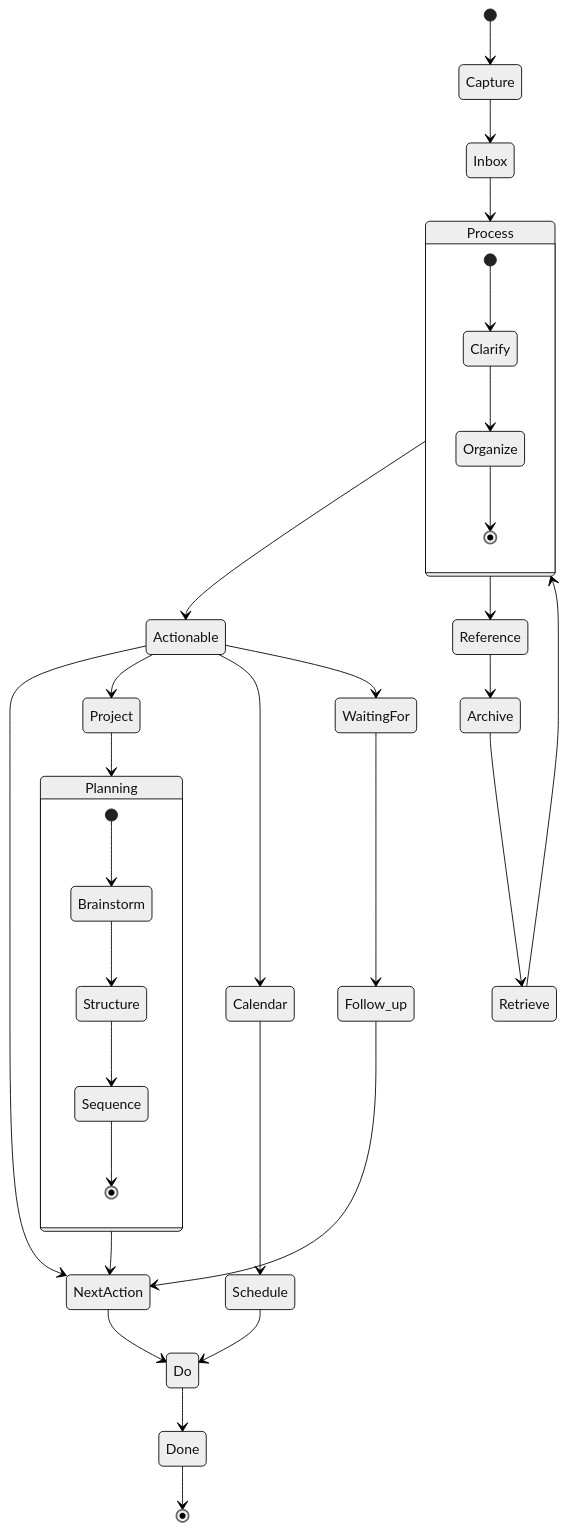
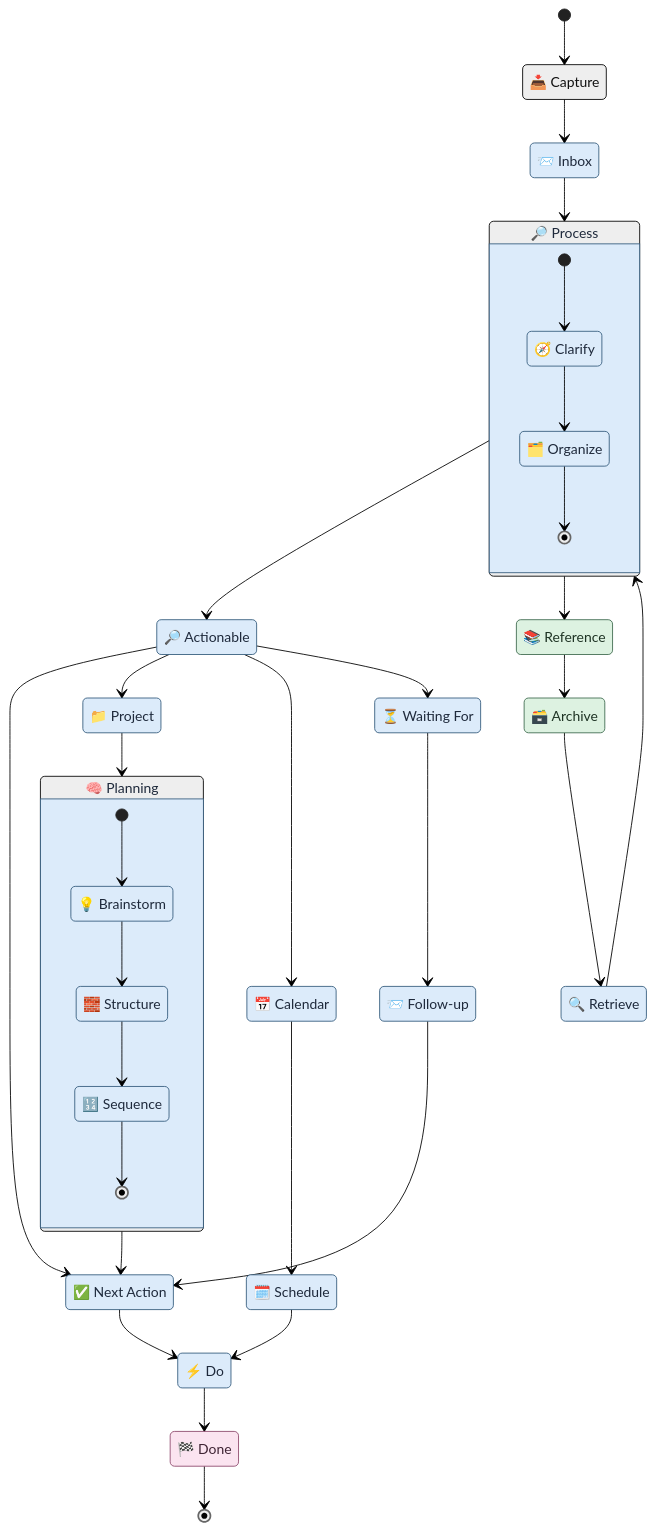
Before and after one commit to enogrob/presentation-organize-and-share-information: the fourth of 7 diagrams in README.md, drawn with Mermaid (neutral theme). The commit also changed other lines of this file and 2 other files, not shown here.

````diff
--- a/README.md
+++ b/README.md
@@ -222,42 +248,69 @@
 ```mermaid
 stateDiagram-v2
-    [*] --> Capture
-    Capture --> Inbox
-    Inbox --> Process
-    Process --> Actionable
-    Process --> Reference
-    
-    Actionable --> NextAction
-    Actionable --> Project
-    Actionable --> Calendar
-    Actionable --> WaitingFor
-    
-    Reference --> Archive
-    Archive --> Retrieve
-    Retrieve --> Process
-    
-    NextAction --> Do
-    Project --> Planning
-    Calendar --> Schedule
-    WaitingFor --> Follow_up
-    
-    Do --> Done
-    Planning --> NextAction
-    Schedule --> Do
-    Follow_up --> NextAction
-    
-    Done --> [*]
-    
-    state Process {
-        [*] --> Clarify
-        Clarify --> Organize
-        Organize --> [*]
-    }
-    
-    state Planning {
-        [*] --> Brainstorm
-        Brainstorm --> Structure
-        Structure --> Sequence
-        Sequence --> [*]
-    }
+  state "📥 Capture" as Capture
+  state "📨 Inbox" as Inbox
+  state "🔎 Actionable" as Actionable
+  state "📚 Reference" as Reference
+  state "✅ Next Action" as NextAction
+  state "📁 Project" as Project
+  state "📅 Calendar" as Calendar
+  state "⏳ Waiting For" as WaitingFor
+  state "🗃️ Archive" as Archive
+  state "🔍 Retrieve" as Retrieve
+  state "⚡ Do" as Do
+  state "🗓️ Schedule" as Schedule
+  state "📨 Follow-up" as FollowUp
+  state "🏁 Done" as Done
+
+  [*] --> Capture
+  Capture --> Inbox
+  Inbox --> Process
+  Process --> Actionable
+  Process --> Reference
+
+  Actionable --> NextAction
+  Actionable --> Project
+  Actionable --> Calendar
+  Actionable --> WaitingFor
+
+  Reference --> Archive
+  Archive --> Retrieve
+  Retrieve --> Process
+
+  NextAction --> Do
+  Project --> Planning
+  Calendar --> Schedule
+  WaitingFor --> FollowUp
+
+  Do --> Done
+  Planning --> NextAction
+  Schedule --> Do
+  FollowUp --> NextAction
+
+  Done --> [*]
+
+  state "🔎 Process" as Process {
+    [*] --> Clarify
+    state "🧭 Clarify" as Clarify
+    state "🗂️ Organize" as Organize
+    Clarify --> Organize
+    Organize --> [*]
+  }
+
+  state "🧠 Planning" as Planning {
+    [*] --> Brainstorm
+    state "💡 Brainstorm" as Brainstorm
+    state "🧱 Structure" as Structure
+    state "🔢 Sequence" as Sequence
+    Brainstorm --> Structure
+    Structure --> Sequence
+    Sequence --> [*]
+  }
+
+  classDef process fill:#DCEBFA,stroke:#355C7D,color:#1E293B
+  classDef data fill:#DDF2E1,stroke:#3F6B4F,color:#1E3324
+  classDef outcome fill:#FBE4F0,stroke:#8E496D,color:#3F2434
+  class Inbox,Actionable,NextAction,Project,Calendar,WaitingFor,Retrieve,Do,Schedule,FollowUp,Process,Planning,Clarify,Organize,Brainstorm,Structure,Sequence process
+  class Reference,Archive data
+  class Done outcome
 ```
````
